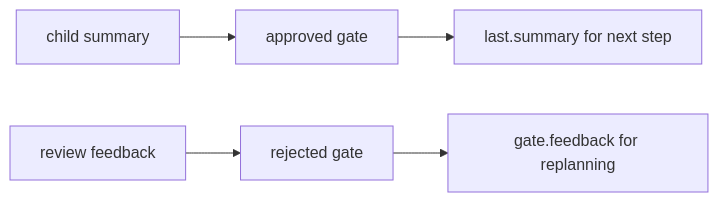
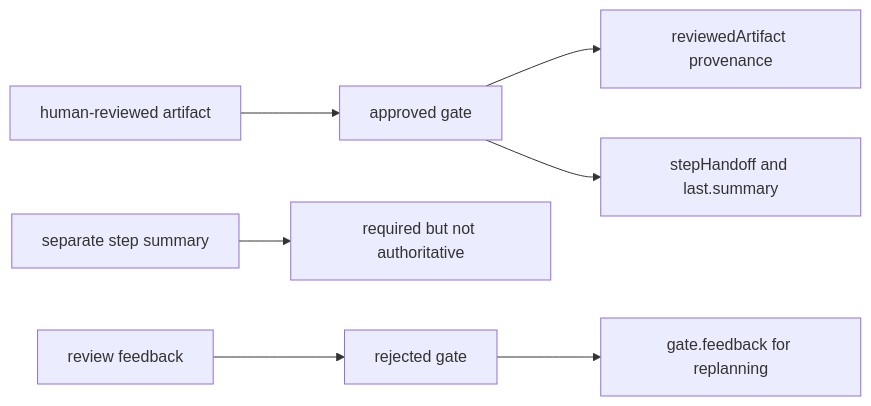
The sixth of 6 diagrams in openwiki/integrations/plannotator.md (wichayutdew/pi-workflows), drawn with Mermaid before and after one commit. The commit also changed other lines of this file and 84 other files, not shown here.

````diff
--- a/openwiki/integrations/plannotator.md
+++ b/openwiki/integrations/plannotator.md
@@ -92,7 +95,9 @@
 ```mermaid
 flowchart LR
-  ChildSummary[child summary] --> Approved[approved gate]
-  Approved --> LastSummary[last.summary for next step]
+  ReviewedArtifact[human-reviewed artifact] --> Approved[approved gate]
+  Approved --> ReviewedState[reviewedArtifact provenance]
+  Approved --> LastSummary[stepHandoff and last.summary]
+  StepSummary[separate step summary] --> NonAuthority[required but not authoritative]
   ReviewerFeedback[review feedback] --> Rejected[rejected gate]
   Rejected --> GateFeedback[gate.feedback for replanning]
 ```
````
